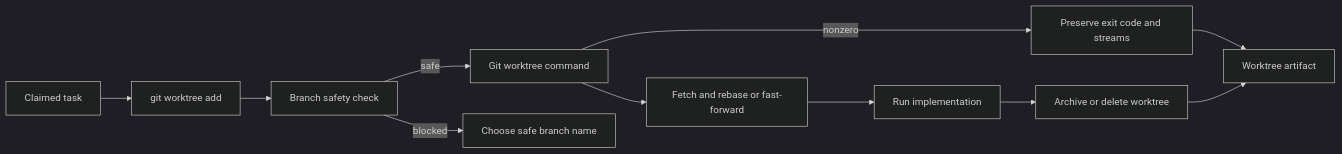
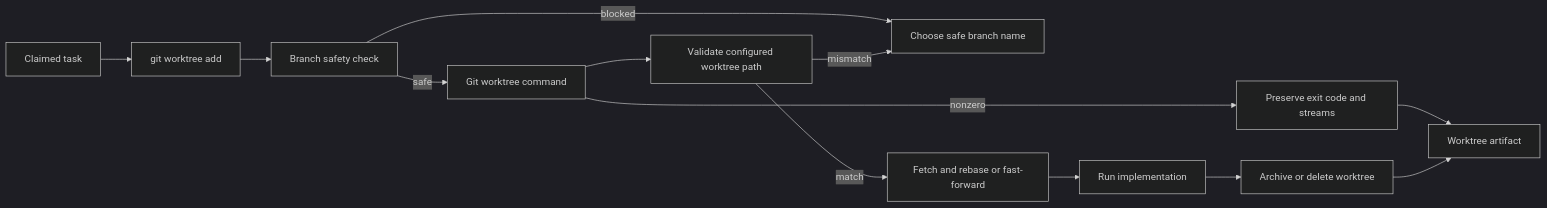
The diagram in packages/worktrees/README.md (VannaDii/ironloom), drawn with Mermaid (dark theme) before and after one commit. The commit also changed other lines of this file and 168 other files, not shown here.

````diff
--- a/packages/worktrees/README.md
+++ b/packages/worktrees/README.md
@@ -18,13 +30,15 @@
 ```mermaid
 flowchart LR
   Task[Claimed task] --> Allocate[git worktree add]
   Allocate --> Safety[Branch safety check]
   Safety -->|safe| Git[Git worktree command]
   Safety -->|blocked| Operator[Choose safe branch name]
+  Git --> Path[Validate configured worktree path]
+  Path -->|mismatch| Operator
+  Path -->|match| Sync[Fetch and rebase or fast-forward]
   Git -->|nonzero| Failure[Preserve exit code and streams]
-  Git --> Sync[Fetch and rebase or fast-forward]
   Sync --> Implement[Run implementation]
   Implement --> Release[Archive or delete worktree]
   Failure --> Audit
   Release --> Audit[Worktree artifact]
 ```
````
